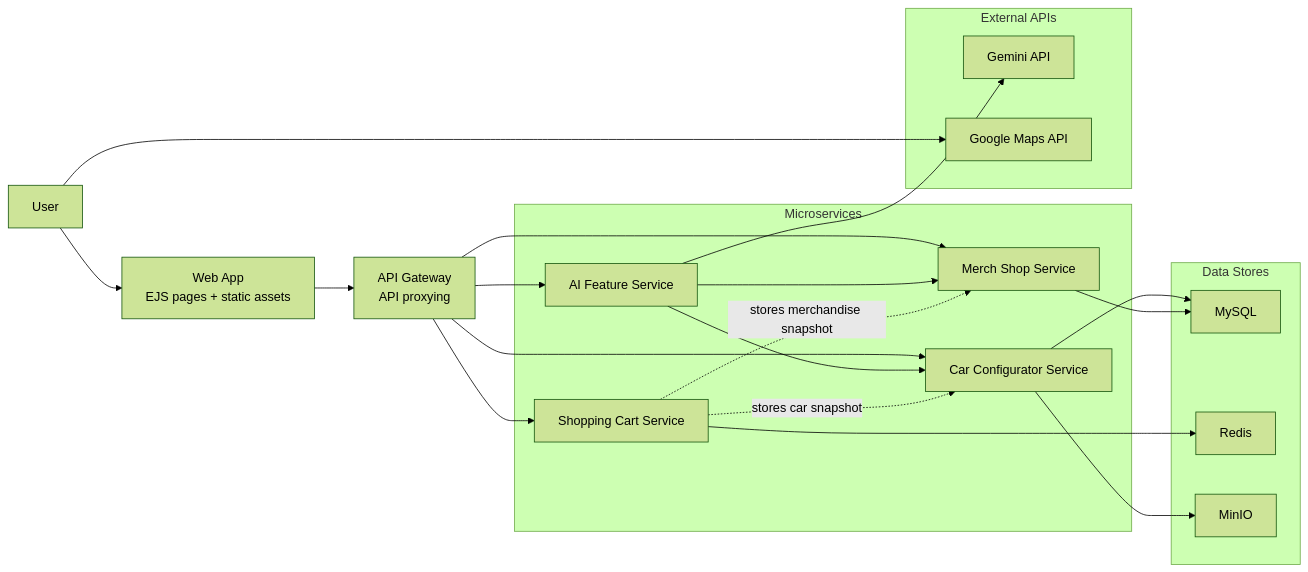
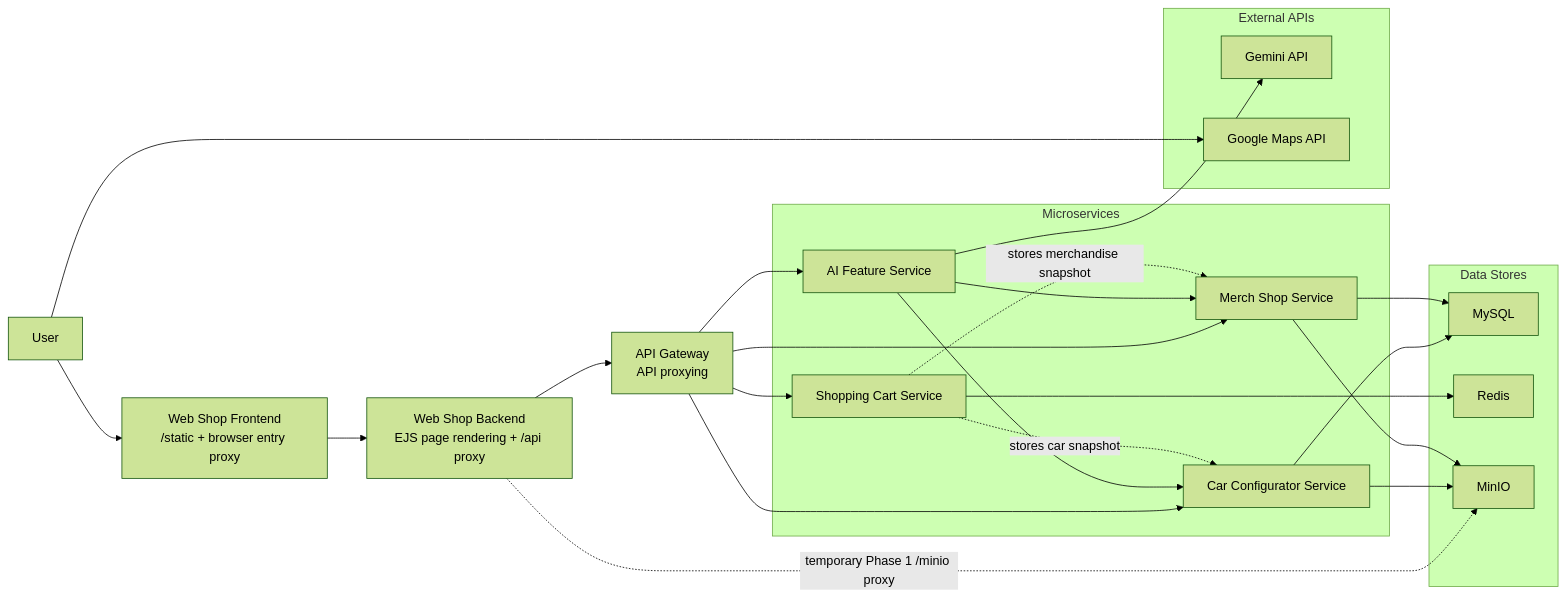
One commit to CloudBasedWebApplication/bmw changed the diagram in docs/diagrams/architecture.mmd. Above: the diagram before and after it, drawn with Mermaid (forest theme). The commit also changed 22 other files, not shown here.

First line of the commit message:
feat(web-shop): split presentation tier

```diff
--- a/docs/diagrams/architecture.mmd
+++ b/docs/diagrams/architecture.mmd
@@ -1,46 +1,50 @@
 flowchart LR
     user["User"]
-    webapp["Web App\nEJS pages + static assets"]
+    frontend["Web Shop Frontend\n/static + browser entry proxy"]
+    backendPresentation["Web Shop Backend\nEJS page rendering + /api proxy"]
     gateway["API Gateway\nAPI proxying"]
 
     subgraph backend["Microservices"]
         configurator["Car Configurator Service"]
         merchandise["Merch Shop Service"]
         ai["AI Feature Service"]
         cart["Shopping Cart Service"]
     end
 
     subgraph data["Data Stores"]
         mysql["MySQL"]
         redis["Redis"]
         minio["MinIO"]
     end
 
     subgraph external["External APIs"]
         gemini["Gemini API"]
         googlemaps["Google Maps API"]
     end
 
-    user --> webapp
-    webapp --> gateway
+    user --> frontend
+    frontend --> backendPresentation
+    backendPresentation --> gateway
+    backendPresentation -. "temporary Phase 1 /minio proxy" .-> minio
 
     gateway --> configurator
     gateway --> merchandise
     gateway --> ai
     gateway --> cart
 
     user --> googlemaps
 
     configurator --> mysql
     configurator --> minio
 
     merchandise --> mysql
+    merchandise --> minio
 
     ai --> gemini
     ai --> configurator
     ai --> merchandise
 
     cart --> redis
 
     cart -. "stores car snapshot" .-> configurator
     cart -. "stores merchandise snapshot" .-> merchandise
```
